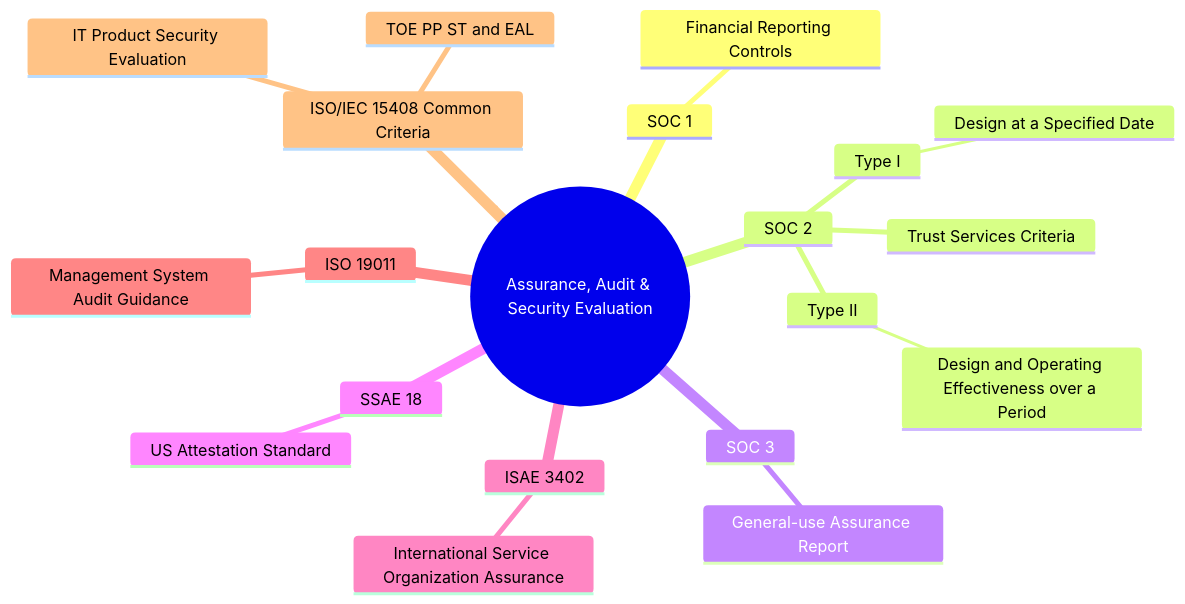
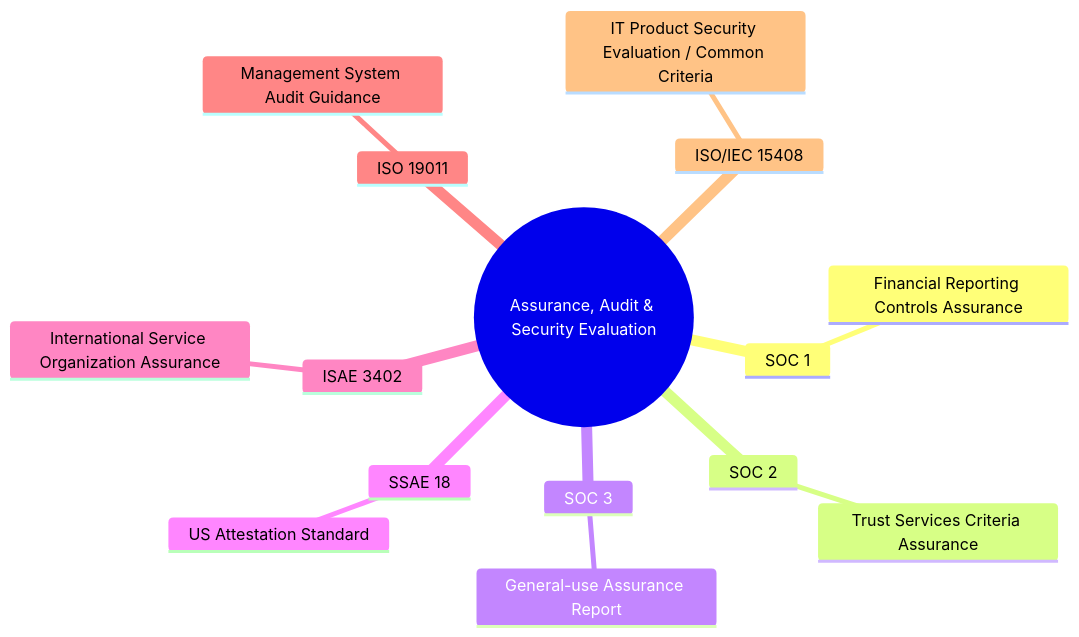
Before and after one commit to carybdea/mindmaps: the diagram in cybersecurity-grc-map/docs/assurance-audit-evaluation.md, drawn with Mermaid. The commit also changed 19 other files, not shown here.

First line of the commit message:
Reorganize mind map structure

````diff
--- a/cybersecurity-grc-map/docs/assurance-audit-evaluation.md
+++ b/cybersecurity-grc-map/docs/assurance-audit-evaluation.md
@@ -3,23 +3,18 @@
 ```mermaid
 mindmap
   root((Assurance, Audit & Security Evaluation))
     SOC 1
-      Financial Reporting Controls
+      Financial Reporting Controls Assurance
     SOC 2
-      Trust Services Criteria
-      Type I
-        Design at a Specified Date
-      Type II
-        Design and Operating Effectiveness over a Period
+      Trust Services Criteria Assurance
     SOC 3
       General-use Assurance Report
     SSAE 18
       US Attestation Standard
     ISAE 3402
       International Service Organization Assurance
     ISO 19011
       Management System Audit Guidance
-    ISO/IEC 15408 Common Criteria
-      IT Product Security Evaluation
-      TOE PP ST and EAL
+    ISO/IEC 15408
+      IT Product Security Evaluation / Common Criteria
 ```
````
